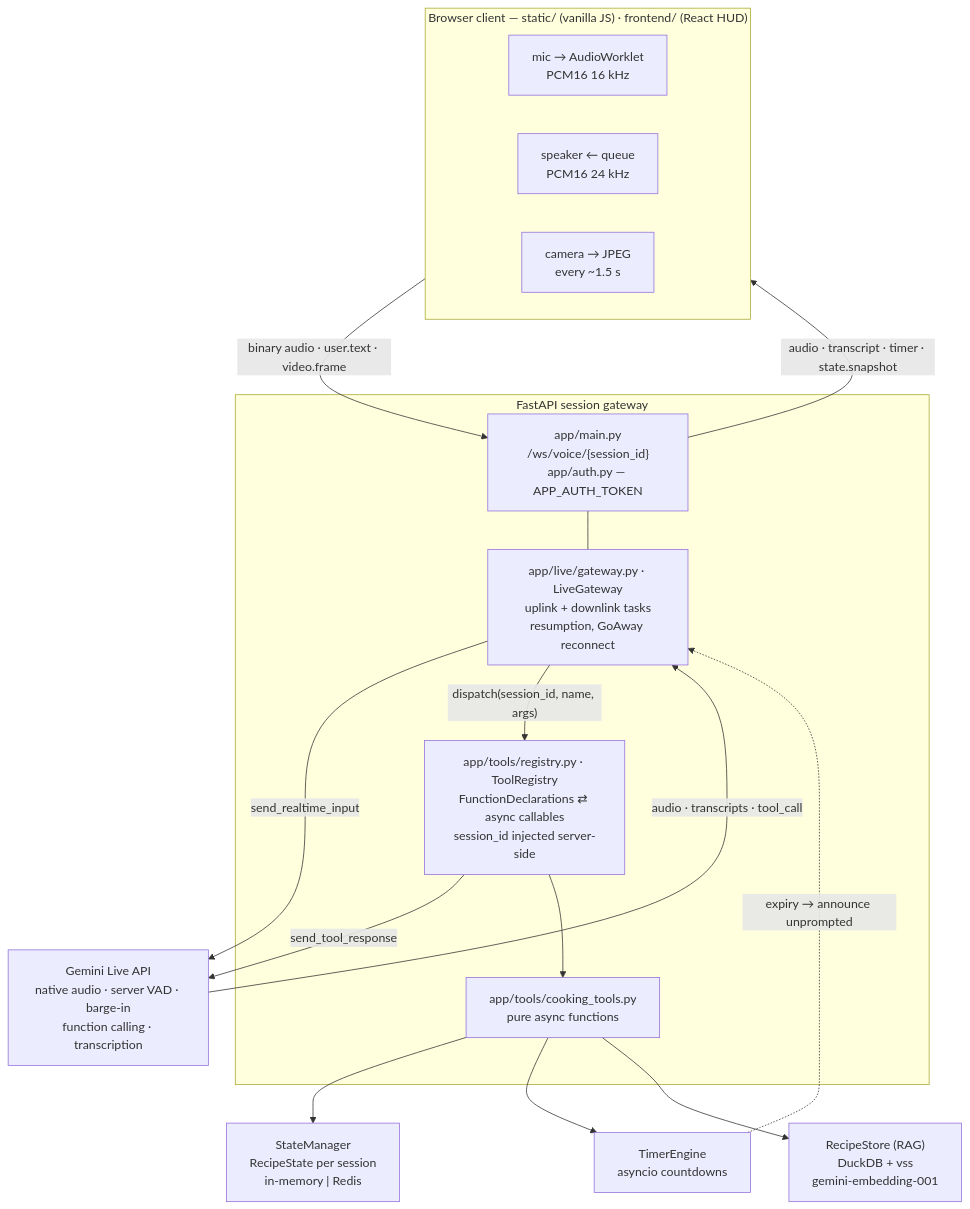
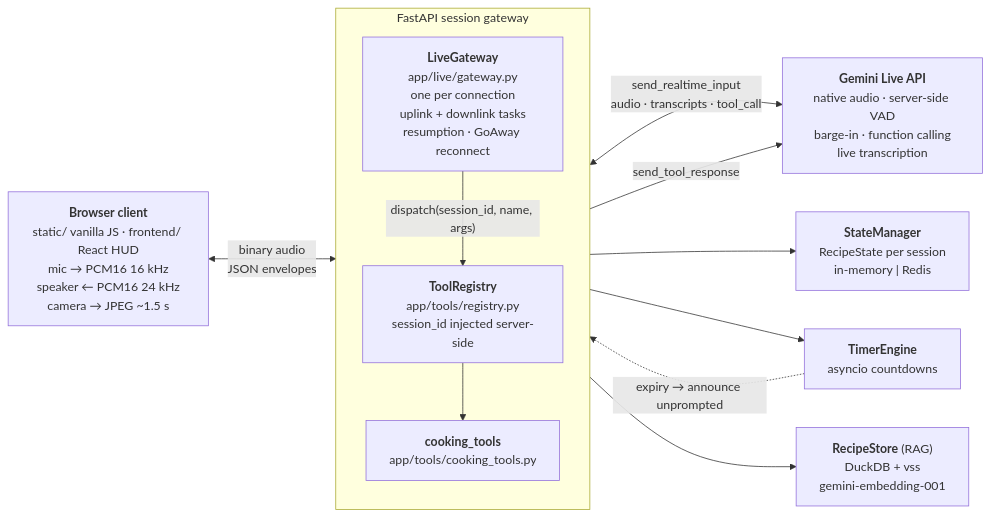
The diagram in README.md (thompgt/kitchen-assistant), drawn with Mermaid before and after one commit.

Commit message:
docs: simplify the README mermaid diagram for a cleaner auto-layout
Verified by rendering with @mermaid-js/mermaid-cli: the previous graph laid out
with the browser and model at the bottom and crossing edge labels. Left-to-right
with a single gateway subgraph reads in the same order as assets/architecture.png.

````diff
--- a/README.md
+++ b/README.md
@@ -44,34 +44,27 @@
 ```mermaid
-flowchart TB
-    subgraph browser["Browser client — static/ (vanilla JS) · frontend/ (React HUD)"]
-        mic["mic → AudioWorklet<br/>PCM16 16 kHz"]
-        spk["speaker ← queue<br/>PCM16 24 kHz"]
-        cam["camera → JPEG<br/>every ~1.5 s"]
+flowchart LR
+    browser["<b>Browser client</b><br/>static/ vanilla JS &middot; frontend/ React HUD<br/>mic &rarr; PCM16 16 kHz<br/>speaker &larr; PCM16 24 kHz<br/>camera &rarr; JPEG ~1.5 s"]
+
+    subgraph server["FastAPI session gateway"]
+        direction TB
+        gw["<b>LiveGateway</b><br/>app/live/gateway.py<br/>one per connection<br/>uplink + downlink tasks<br/>resumption &middot; GoAway reconnect"]
+        reg["<b>ToolRegistry</b><br/>app/tools/registry.py<br/>session_id injected server-side"]
+        tools["<b>cooking_tools</b><br/>app/tools/cooking_tools.py"]
+        gw -->|"dispatch(session_id, name, args)"| reg
+        reg --> tools
     end
 
-    subgraph server["FastAPI session gateway"]
-        main["app/main.py<br/>/ws/voice/{session_id}<br/>app/auth.py — APP_AUTH_TOKEN"]
-        gw["app/live/gateway.py · LiveGateway<br/>uplink + downlink tasks<br/>resumption, GoAway reconnect"]
-        reg["app/tools/registry.py · ToolRegistry<br/>FunctionDeclarations ⇄ async callables<br/>session_id injected server-side"]
-        tools["app/tools/cooking_tools.py<br/>pure async functions"]
-    end
+    gemini["<b>Gemini Live API</b><br/>native audio &middot; server-side VAD<br/>barge-in &middot; function calling<br/>live transcription"]
 
-    gemini["Gemini Live API<br/>native audio · server VAD · barge-in<br/>function calling · transcription"]
+    state["<b>StateManager</b><br/>RecipeState per session<br/>in-memory | Redis"]
+    timers["<b>TimerEngine</b><br/>asyncio countdowns"]
+    store["<b>RecipeStore</b> (RAG)<br/>DuckDB + vss<br/>gemini-embedding-001"]
 
-    state["StateManager<br/>RecipeState per session<br/>in-memory | Redis"]
-    timers["TimerEngine<br/>asyncio countdowns"]
-    store["RecipeStore (RAG)<br/>DuckDB + vss<br/>gemini-embedding-001"]
-
-    browser -- "binary audio · user.text · video.frame" --> main
-    main -- "audio · transcript · timer · state.snapshot" --> browser
-    main --- gw
-    gw -- "send_realtime_input" --> gemini
-    gemini -- "audio · transcripts · tool_call" --> gw
-    gw -- "dispatch(session_id, name, args)" --> reg
-    reg -- "send_tool_response" --> gemini
-    reg --> tools
+    browser <-->|"binary audio<br/>JSON envelopes"| gw
+    gw <-->|"send_realtime_input<br/>audio &middot; transcripts &middot; tool_call"| gemini
+    reg -->|"send_tool_response"| gemini
     tools --> state
     tools --> timers
     tools --> store
-    timers -. "expiry → announce unprompted" .-> gw
+    timers -.->|"expiry &rarr; announce unprompted"| gw
 ```
````
